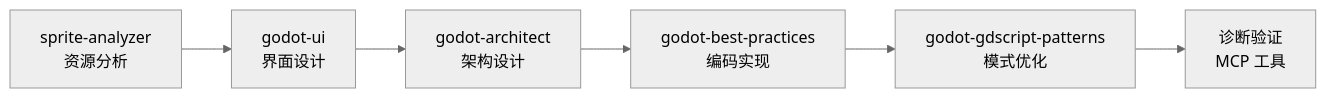
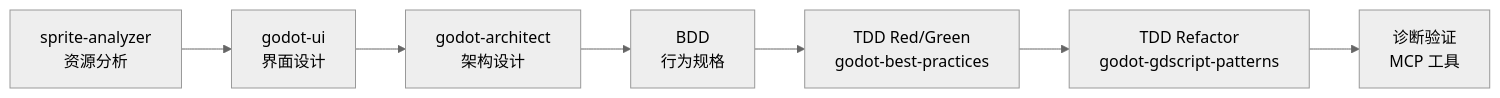
Before and after one commit to yulu86/GodotScaffolding: the diagram in CONSTITUTION.md, drawn with Mermaid (neutral theme). The commit also changed other lines of this file, not shown here.

Commit message:
docs: 精简 CONSTITUTION.md，移除无效引用和冗余工具，补充 BDD/TDD 流程

````diff
--- a/CONSTITUTION.md
+++ b/CONSTITUTION.md
@@ -348,8 +306,9 @@
 ```mermaid
 flowchart LR
     SPRITE["sprite-analyzer<br/>资源分析"] --> UI["godot-ui<br/>界面设计"]
     UI --> ARCH["godot-architect<br/>架构设计"]
-    ARCH --> DEV["godot-best-practices<br/>编码实现"]
-    DEV --> PAT["godot-gdscript-patterns<br/>模式优化"]
-    PAT --> DEBUG["诊断验证<br/>MCP 工具"]
+    ARCH --> BDD["BDD<br/>行为规格"]
+    BDD --> TDD["TDD Red/Green<br/>godot-best-practices"]
+    TDD --> REFAC["TDD Refactor<br/>godot-gdscript-patterns"]
+    REFAC --> DEBUG["诊断验证<br/>MCP 工具"]
 ```
````
